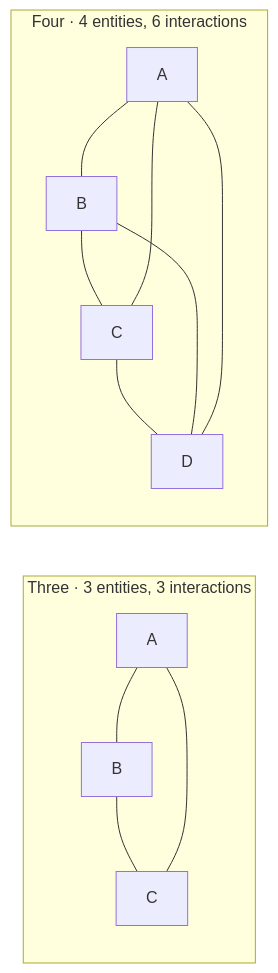
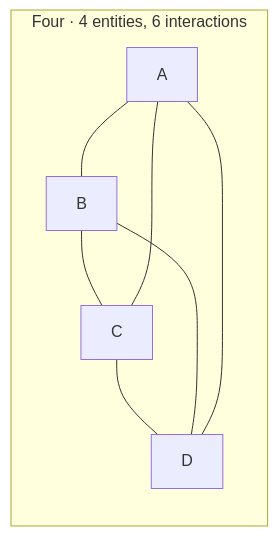
The third of 11 diagrams in docs/presentation.en.md (cangrejometralleta/OneTwoThree), drawn with Mermaid before and after one commit. The commit also changed other lines of this file and 1 other file, not shown here.

````diff
--- a/docs/presentation.en.md
+++ b/docs/presentation.en.md
@@ -58,16 +67,11 @@
 ```mermaid
 flowchart LR
-    subgraph THREE["Three · 3 entities, 3 interactions"]
-        A["A"] --- B["B"]
-        B --- C["C"]
-        C --- A
-    end
     subgraph FOUR["Four · 4 entities, 6 interactions"]
         D["A"] --- E["B"]
         E --- F["C"]
         F --- G["D"]
         G --- D
         D --- F
         E --- G
     end
 ```
````
